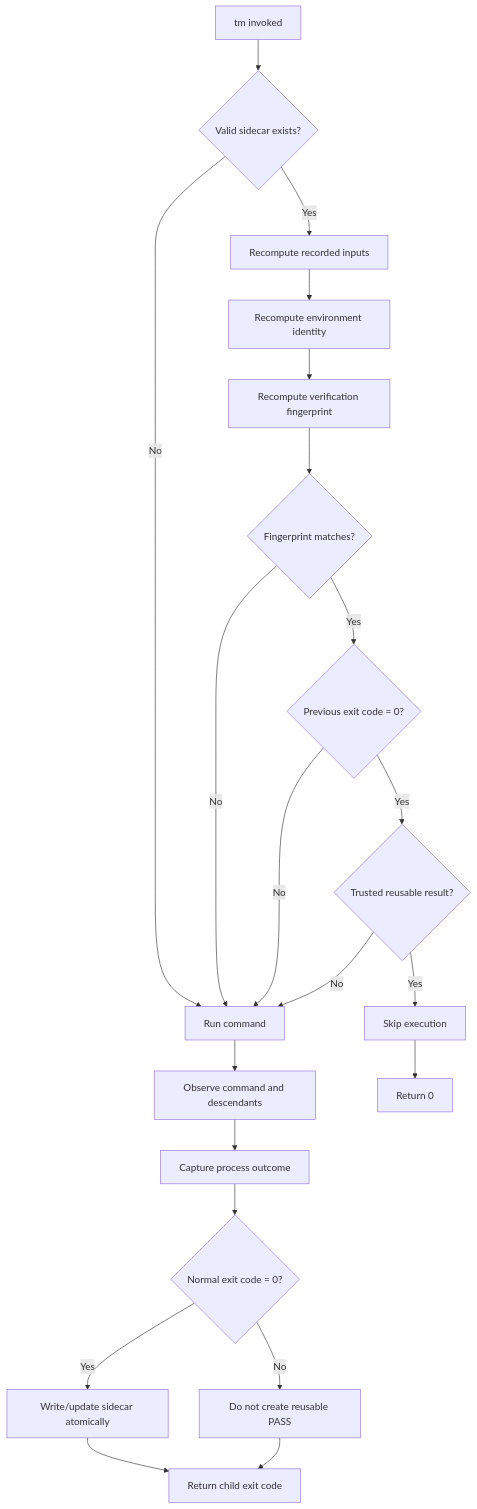
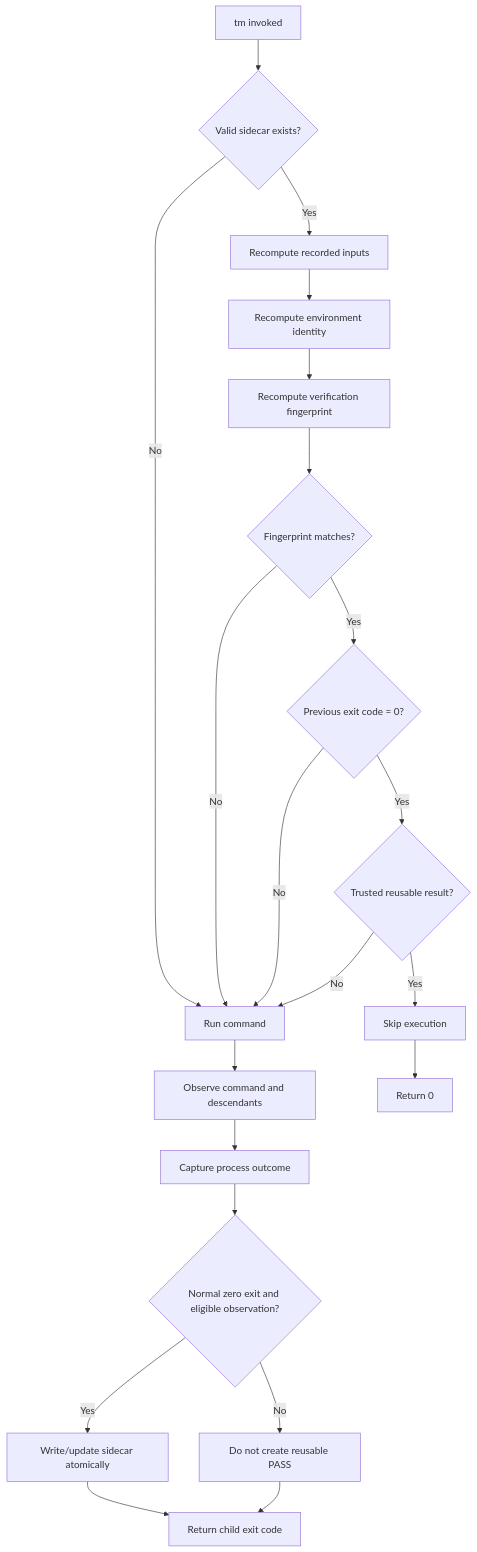
One commit to jedediahg/testmiser changed the second of 9 diagrams in docs/spec/tm-test-memoization-technical-specification.md. Above: the diagram before and after it, drawn with Mermaid. The commit also changed other lines of this file and 1 other file, not shown here.

````diff
--- a/docs/spec/tm-test-memoization-technical-specification.md
+++ b/docs/spec/tm-test-memoization-technical-specification.md
@@ -128,23 +130,23 @@
 ```mermaid
 flowchart TD
     A[tm invoked] --> B{Valid sidecar exists?}
     B -- No --> R[Run command]
     B -- Yes --> C[Recompute recorded inputs]
     C --> D[Recompute environment identity]
     D --> E[Recompute verification fingerprint]
     E --> F{Fingerprint matches?}
     F -- No --> R
     F -- Yes --> G{Previous exit code = 0?}
     G -- No --> R
     G -- Yes --> H{Trusted reusable result?}
     H -- No --> R
     H -- Yes --> S[Skip execution]
     S --> X[Return 0]
     R --> O[Observe command and descendants]
     O --> P[Capture process outcome]
-    P --> Q{Normal exit code = 0?}
+    P --> Q{Normal zero exit and eligible observation?}
     Q -- Yes --> W[Write/update sidecar atomically]
     Q -- No --> N[Do not create reusable PASS]
     W --> Y[Return child exit code]
     N --> Y
 ```
````
